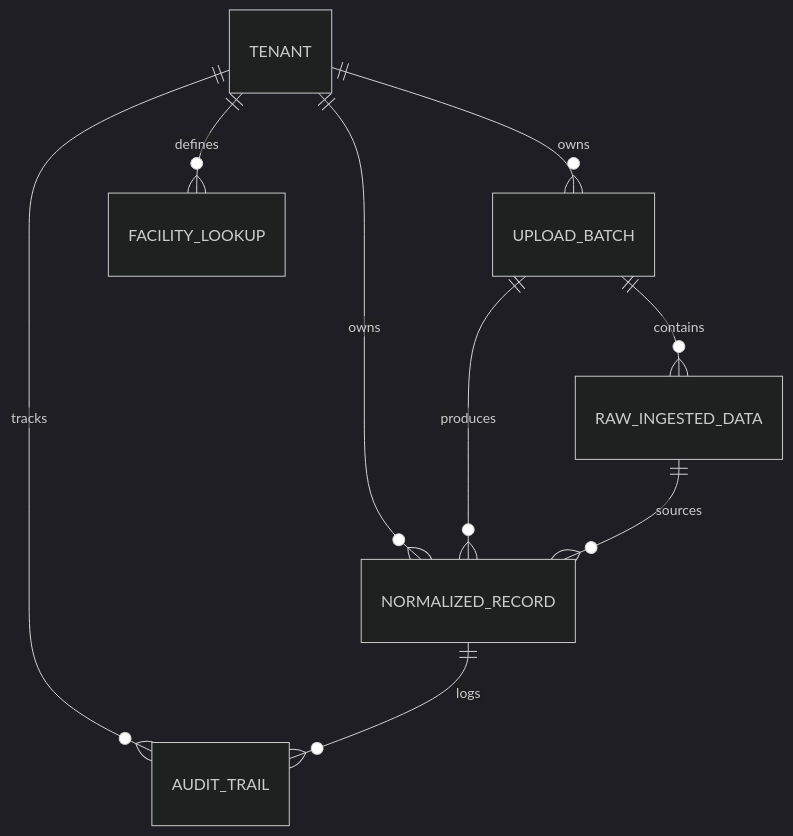
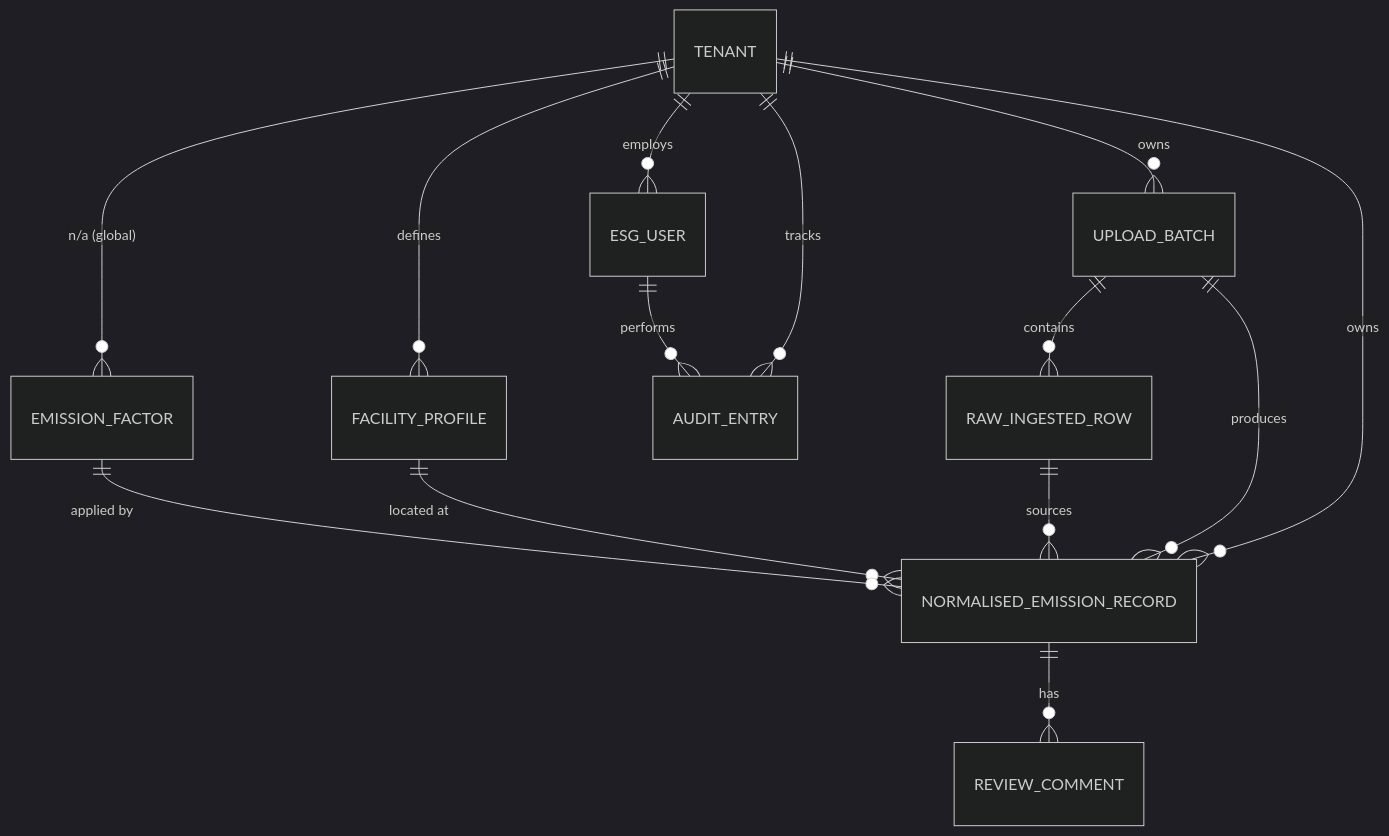
The diagram in MODEL.md (VileshRajath-GV/breathe-esg-prototype), drawn with Mermaid (dark theme) before and after one commit. The commit also changed other lines of this file and 3 other files, not shown here.

````diff
--- a/MODEL.md
+++ b/MODEL.md
@@ -11,13 +9,18 @@
 ```mermaid
 erDiagram
-    TENANT ||--o{ UPLOAD_BATCH : owns
-    TENANT ||--o{ FACILITY_LOOKUP : defines
-    TENANT ||--o{ NORMALIZED_RECORD : owns
-    TENANT ||--o{ AUDIT_TRAIL : tracks
-    
-    UPLOAD_BATCH ||--o{ RAW_INGESTED_DATA : contains
-    UPLOAD_BATCH ||--o{ NORMALIZED_RECORD : produces
-    
-    RAW_INGESTED_DATA ||--o{ NORMALIZED_RECORD : sources
-    NORMALIZED_RECORD ||--o{ AUDIT_TRAIL : logs
+    TENANT ||--o{ ESG_USER : "employs"
+    TENANT ||--o{ UPLOAD_BATCH : "owns"
+    TENANT ||--o{ FACILITY_PROFILE : "defines"
+    TENANT ||--o{ EMISSION_FACTOR : "n/a (global)"
+    TENANT ||--o{ NORMALISED_EMISSION_RECORD : "owns"
+    TENANT ||--o{ AUDIT_ENTRY : "tracks"
+
+    UPLOAD_BATCH ||--o{ RAW_INGESTED_ROW : "contains"
+    UPLOAD_BATCH ||--o{ NORMALISED_EMISSION_RECORD : "produces"
+
+    RAW_INGESTED_ROW ||--o{ NORMALISED_EMISSION_RECORD : "sources"
+    FACILITY_PROFILE ||--o{ NORMALISED_EMISSION_RECORD : "located at"
+    EMISSION_FACTOR ||--o{ NORMALISED_EMISSION_RECORD : "applied by"
+    ESG_USER ||--o{ AUDIT_ENTRY : "performs"
+    NORMALISED_EMISSION_RECORD ||--o{ REVIEW_COMMENT : "has"
 ```
````
